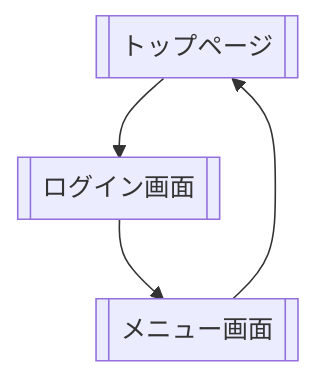
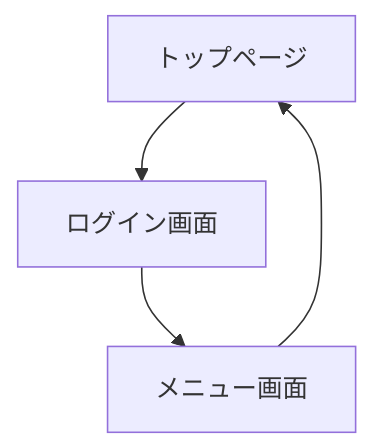
One commit to MasaruFukazawa/designdocs-sample.fukazawasoftwaredevelopment.com changed the first of 3 diagrams in docs/design/source/screen/diagram.rst. Above: the diagram before and after it, drawn with Mermaid. The commit also changed other lines of this file and 8 other files, not shown here.

First line of the commit message:
feat: Mermaidルール統一とサンプルダイアグラム修正

```diff
--- a/docs/design/source/screen/diagram.rst
+++ b/docs/design/source/screen/diagram.rst
@@ -39,11 +39,10 @@
 .. mermaid::
 
-   %%{init: {"theme": "default"}}%%
    graph TD
-       TOP[[ トップページ ]]
-       LOGIN[[ ログイン画面 ]]
-       MENU[[ メニュー画面 ]]
+       TOP[トップページ]
+       LOGIN[ログイン画面]
+       MENU[メニュー画面]
        
        TOP --> LOGIN
        LOGIN --> MENU
        MENU --> TOP
```
